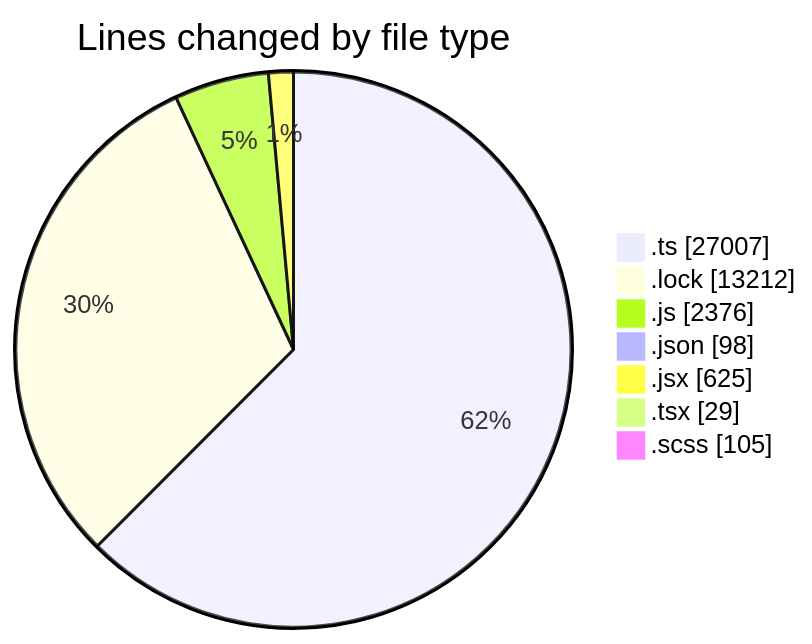
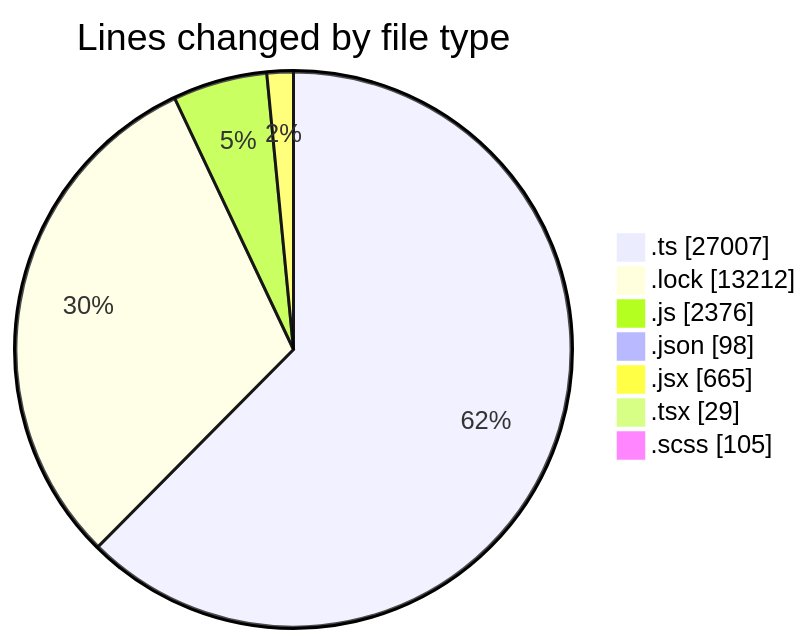
Before and after one commit to momahboobian/code-tracking: the first of 2 diagrams in 2025-05-16/cda/README.md, drawn with Mermaid. The commit also changed other lines of this file and 1 other file, not shown here.

````diff
--- a/2025-05-16/cda/README.md
+++ b/2025-05-16/cda/README.md
@@ -40,11 +40,11 @@
 ```mermaid
 pie showData
 title Lines changed by file type
 ".ts" : 27007
 ".lock" : 13212
 ".js" : 2376
 ".json" : 98
-".jsx" : 625
+".jsx" : 665
 ".tsx" : 29
 ".scss" : 105
 ```
````
